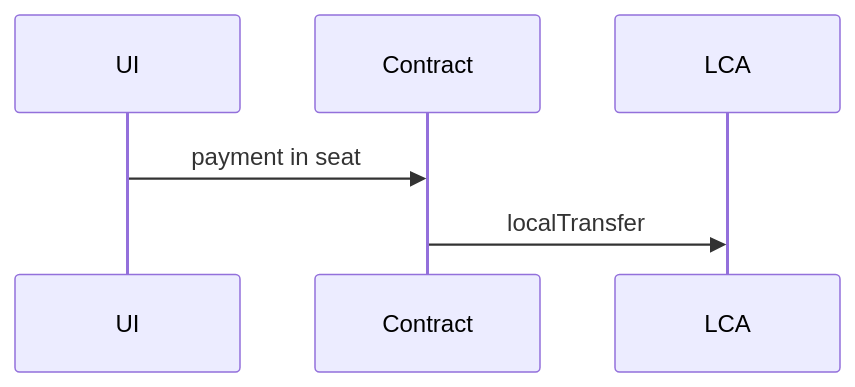
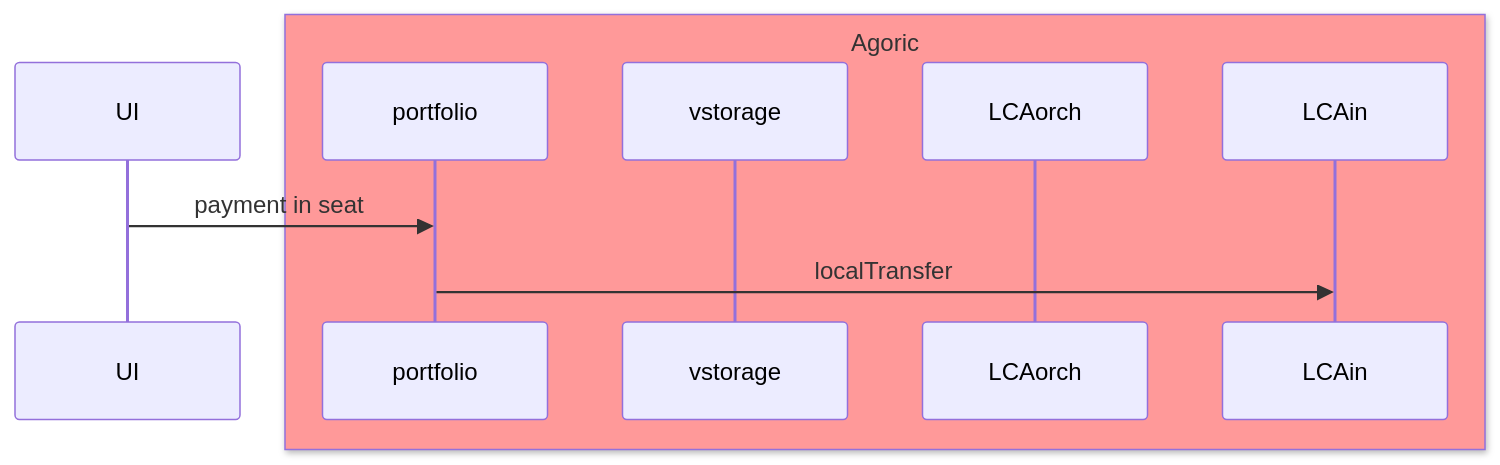
One commit to Agoric/agoric-sdk changed the third of 6 diagrams in packages/portfolio-contract/DESIGN-BETA.md. Above: the diagram before and after it, drawn with Mermaid. The commit also changed other lines of this file, not shown here.

Commit message:
docs(portfolio-contract): update sequence diagrams

````diff
--- a/packages/portfolio-contract/DESIGN-BETA.md
+++ b/packages/portfolio-contract/DESIGN-BETA.md
@@ -44,5 +50,13 @@
 ```mermaid
 sequenceDiagram
-  UI ->> Contract: payment in seat
-  Contract ->> LCA: localTransfer
+  UI ->> portfolio: payment in seat
+
+  box rgb(255,153,153) Agoric
+    participant portfolio
+    participant vstorage
+    participant LCAorch
+    participant LCAin
+  end
+
+  portfolio ->> LCAin: localTransfer
 ```
````
